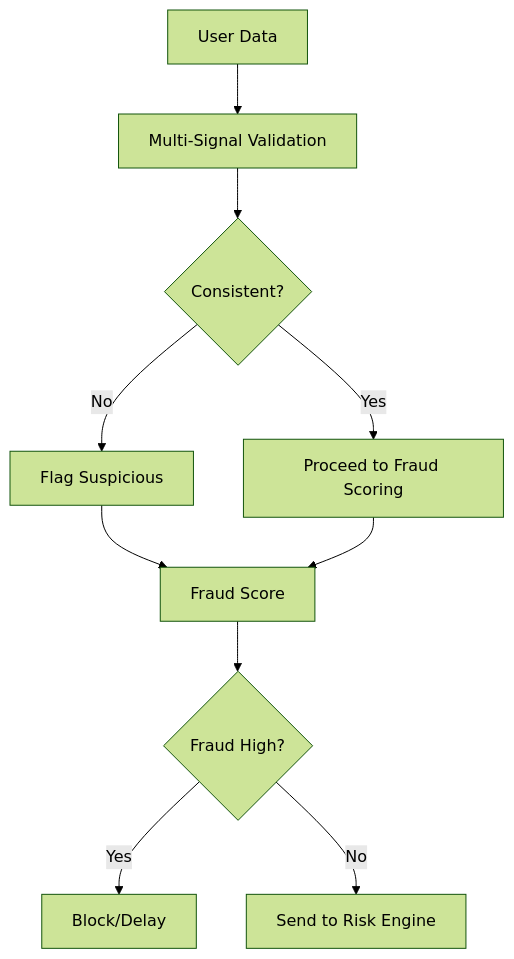
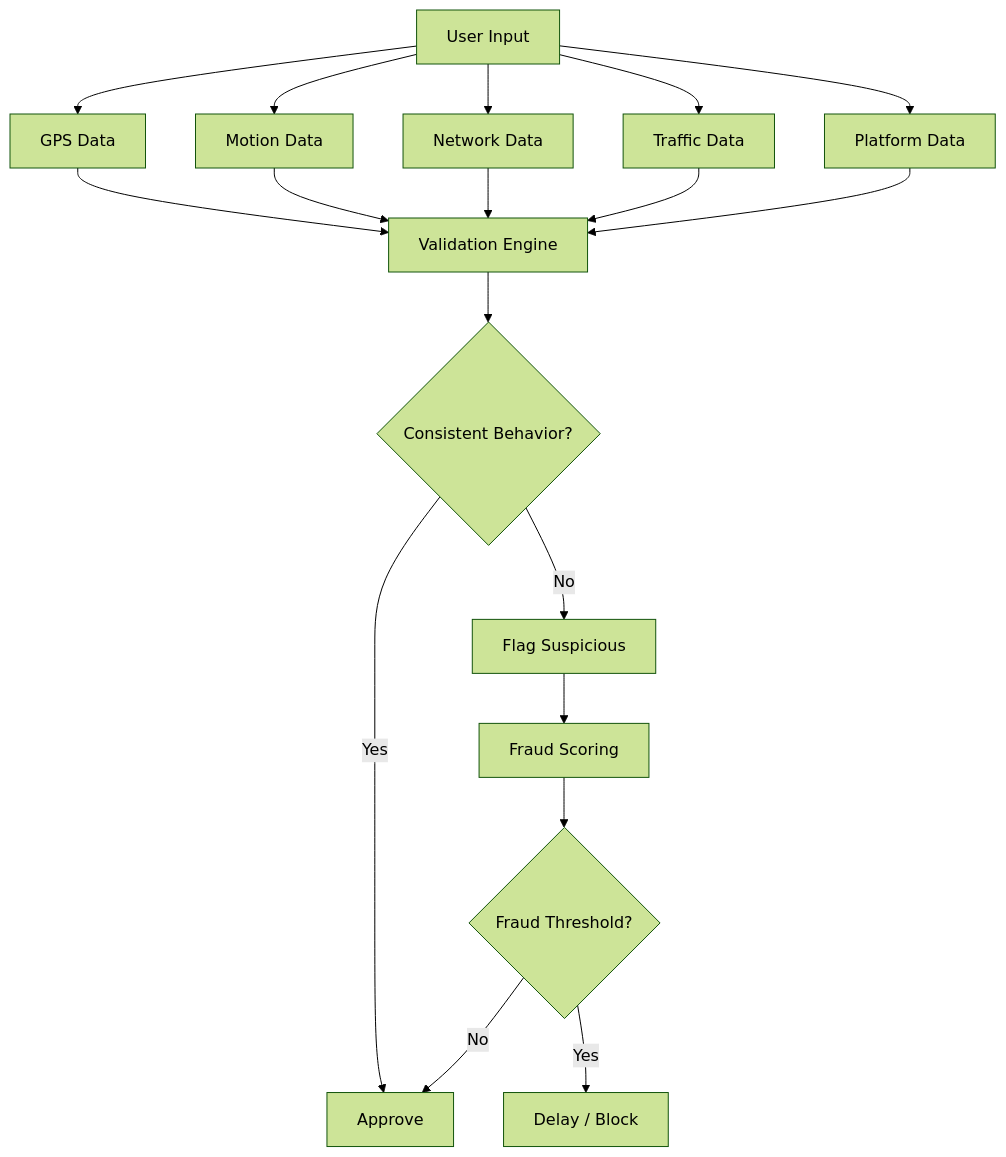
Before and after one commit to ed6095-web/Guidewire-DEVTrails-2026: the fourth of 4 diagrams in README.md, drawn with Mermaid (forest theme). The commit also changed other lines of this file, not shown here.

Commit message:
Fix formatting issues in README.md

````diff
--- a/README.md
+++ b/README.md
@@ -222,18 +219,27 @@
 ```mermaid
 flowchart TD
+A[User Input] --> B[GPS Data]
+A --> C[Motion Data]
+A --> D[Network Data]
+A --> E[Traffic Data]
+A --> F[Platform Data]
 
-A[User Data] --> B[Multi-Signal Validation]
+B --> G[Validation Engine]
+C --> G
+D --> G
+E --> G
+F --> G
 
-B --> C{Consistent?}
+G --> H{Consistent Behavior?}
 
-C -- No --> D[Flag Suspicious]
-C -- Yes --> E[Proceed to Fraud Scoring]
+H -- Yes --> I[Approve]
+H -- No --> J[Flag Suspicious]
 
-D --> F[Fraud Score]
-E --> F
+J --> K[Fraud Scoring]
 
-F --> G{Fraud High?}
+K --> L{Fraud Threshold?}
 
-G -- Yes --> H[Block/Delay]
-G -- No --> I[Send to Risk Engine]
+L -- Yes --> M[Delay / Block]
+L -- No --> I
+
 ```
````
